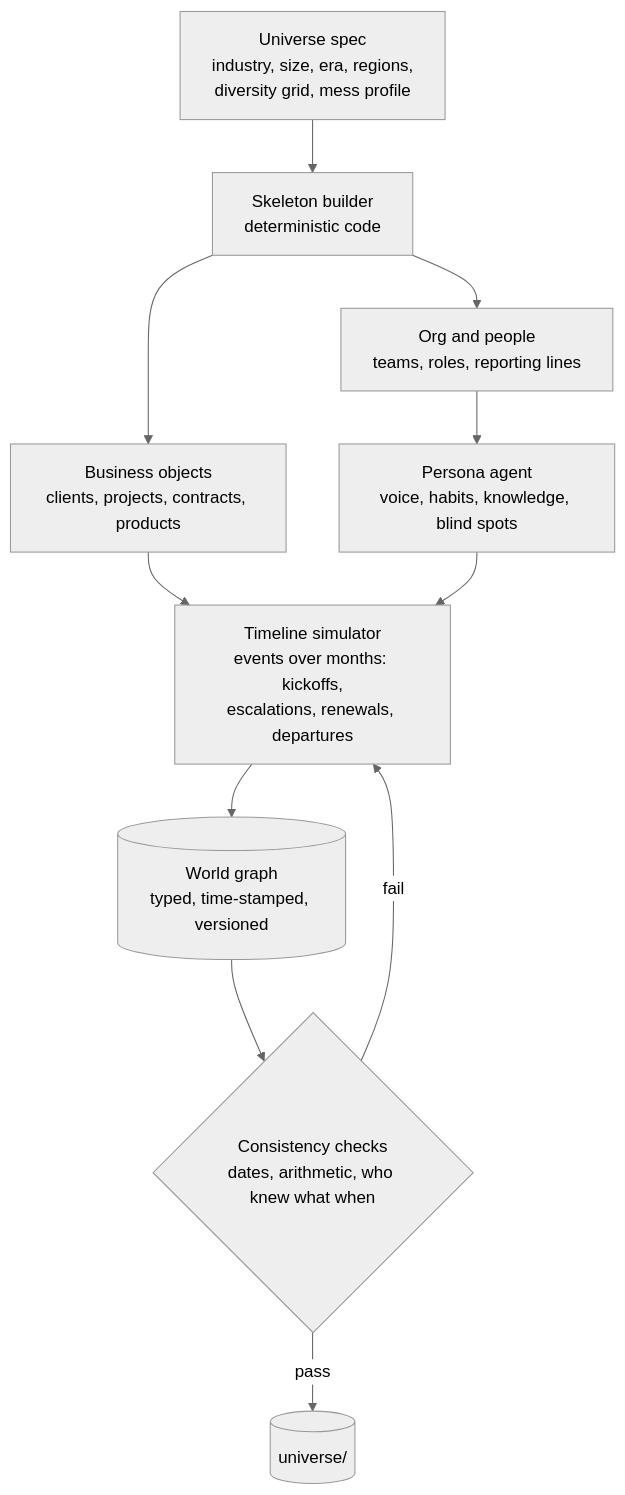
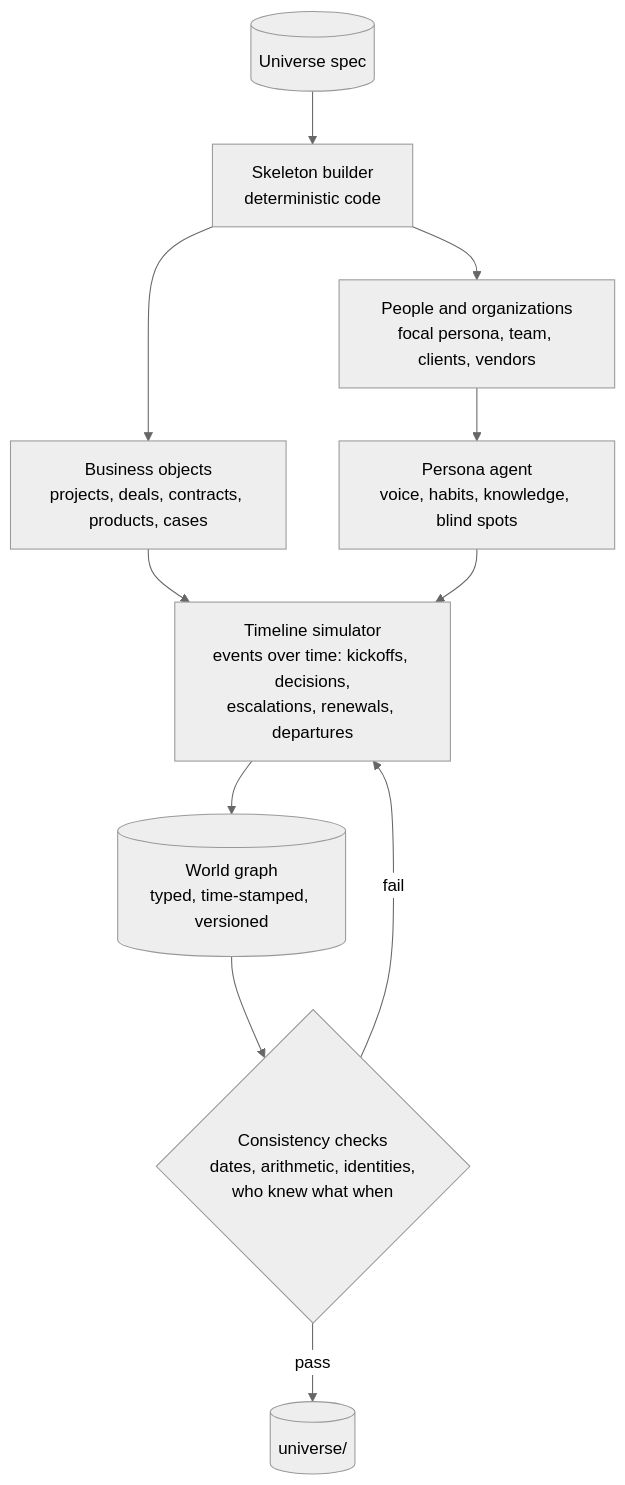
One commit to nbdesai1992/orbifex changed the fourth of 17 diagrams in README.md. Above: the diagram before and after it, drawn with Mermaid (neutral theme). The commit also changed other lines of this file, not shown here.

````diff
--- a/README.md
+++ b/README.md
@@ -165,13 +193,13 @@
 ```mermaid
 flowchart TD
-  SPEC["Universe spec<br/>industry, size, era, regions,<br/>diversity grid, mess profile"] --> SK["Skeleton builder<br/>deterministic code"]
-  SK --> ORG["Org and people<br/>teams, roles, reporting lines"]
-  SK --> BIZ["Business objects<br/>clients, projects, contracts, products"]
+  SPEC[("Universe spec")] --> SK["Skeleton builder<br/>deterministic code"]
+  SK --> ORG["People and organizations<br/>focal persona, team, clients, vendors"]
+  SK --> BIZ["Business objects<br/>projects, deals, contracts, products, cases"]
   ORG --> PER["Persona agent<br/>voice, habits, knowledge, blind spots"]
-  BIZ --> TL["Timeline simulator<br/>events over months: kickoffs,<br/>escalations, renewals, departures"]
+  BIZ --> TL["Timeline simulator<br/>events over time: kickoffs, decisions,<br/>escalations, renewals, departures"]
   PER --> TL
   TL --> G[("World graph<br/>typed, time-stamped, versioned")]
-  G --> CHK{"Consistency checks<br/>dates, arithmetic, who knew what when"}
+  G --> CHK{"Consistency checks<br/>dates, arithmetic, identities,<br/>who knew what when"}
   CHK -- fail --> TL
   CHK -- pass --> OUT[("universe/")]
 ```
````
